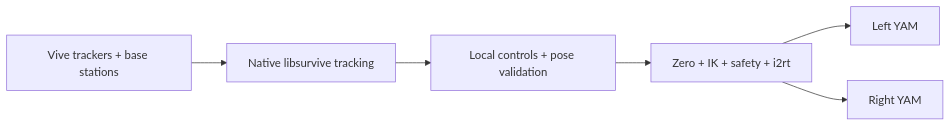
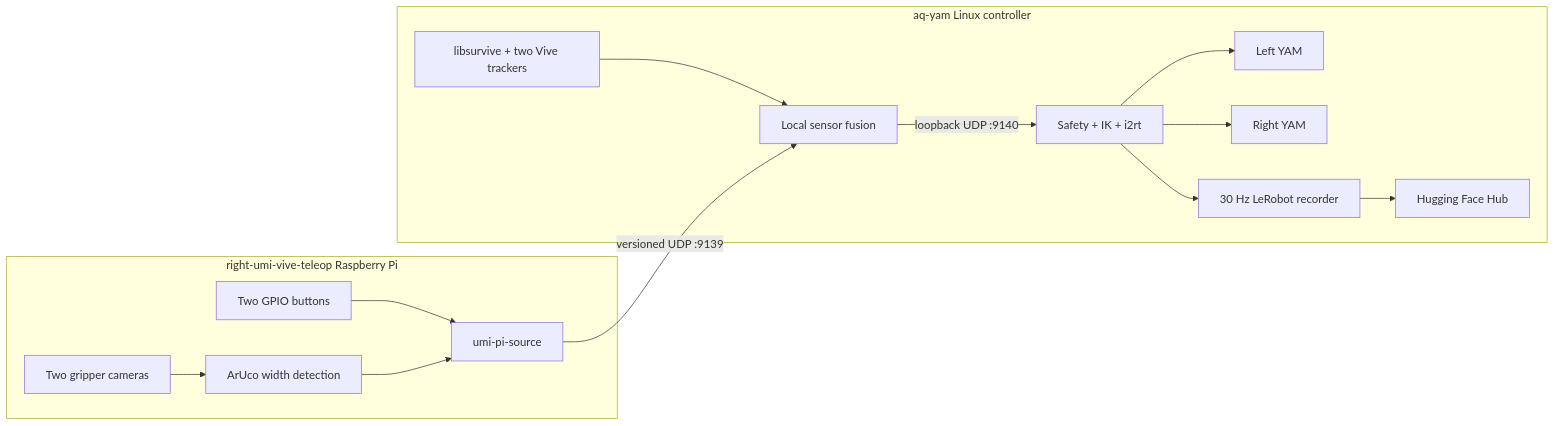
One commit to AfterQuery-Research/umi-teleop changed the diagram in README.md. Above: the diagram before and after it, drawn with Mermaid. The commit also changed other lines of this file and 18 other files, not shown here.

````diff
--- a/README.md
+++ b/README.md
@@ -12,12 +13,17 @@
 ```mermaid
 flowchart LR
-    V["Vive trackers + base stations"]
-    T["Native libsurvive tracking"]
-    S["Local controls + pose validation"]
-    Y["Zero + IK + safety + i2rt"]
-    L["Left YAM"]
-    R["Right YAM"]
-    V --> T --> S --> Y
-    Y --> L
-    Y --> R
+    subgraph PI["right-umi-vive-teleop Raspberry Pi"]
+        C["Two gripper cameras"] --> A["ArUco width detection"]
+        G["Two GPIO buttons"] --> P["umi-pi-source"]
+        A --> P
+    end
+    subgraph YAM["aq-yam Linux controller"]
+        V["libsurvive + two Vive trackers"] --> F["Local sensor fusion"]
+        P -->|"versioned UDP :9139"| F
+        F -->|"loopback UDP :9140"| R["Safety + IK + i2rt"]
+        R --> L["Left YAM"]
+        R --> RR["Right YAM"]
+        R --> D["30 Hz LeRobot recorder"]
+        D --> H["Hugging Face Hub"]
+    end
 ```
````
